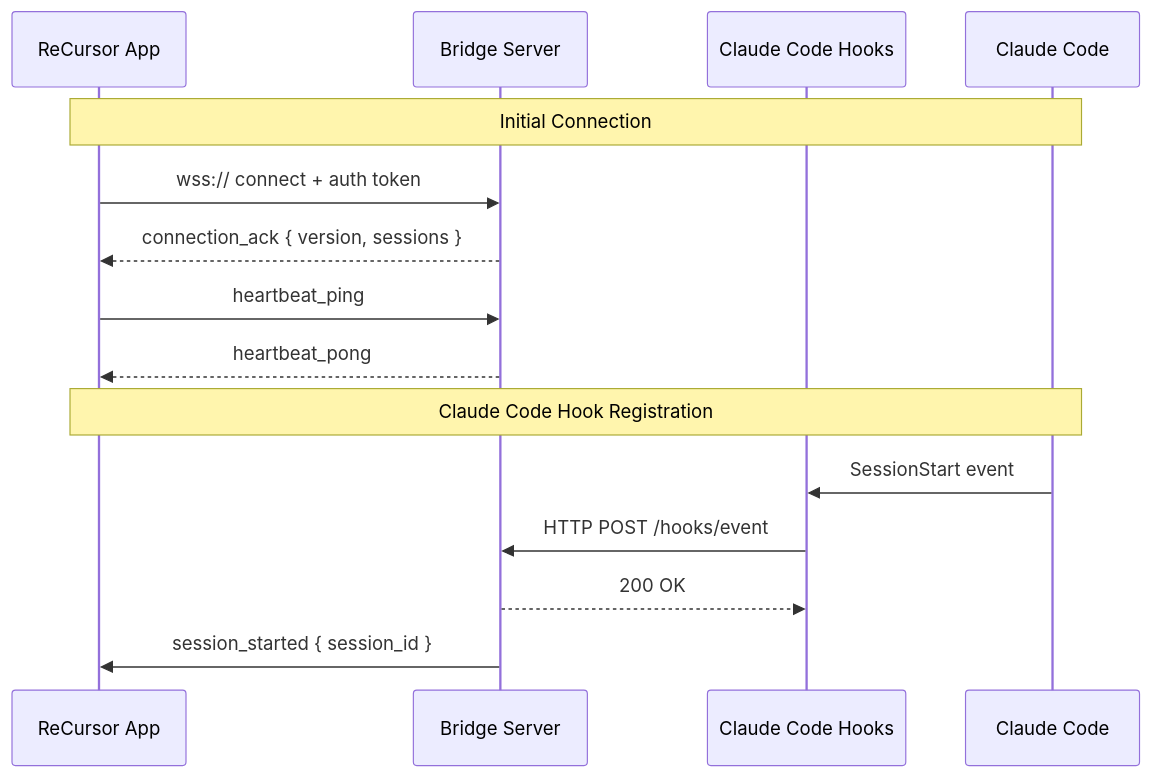
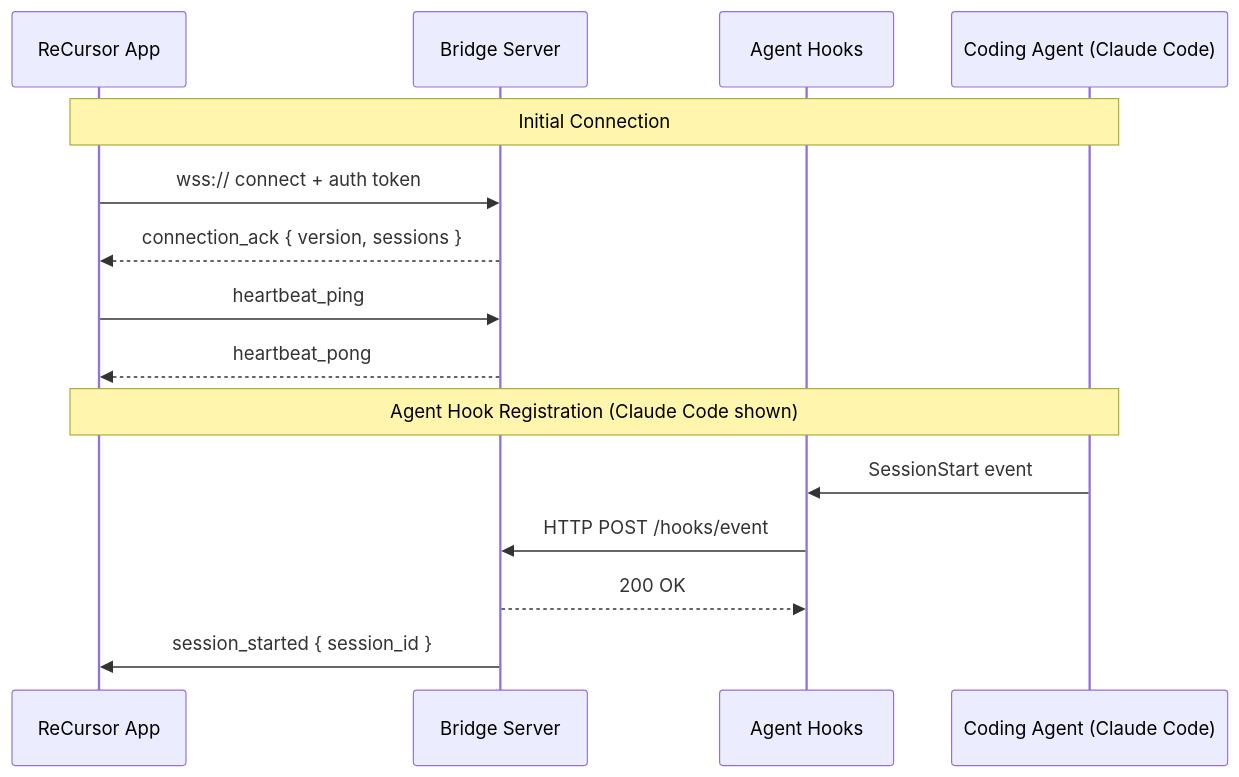
The first of 6 diagrams in docs/architecture/data-flow.md (RecursiveDev/ReCursor), drawn with Mermaid before and after one commit. The commit also changed other lines of this file and 11 other files, not shown here.

First line of the commit message:
docs: update documentation for multi-agent architecture vision

````diff
--- a/docs/architecture/data-flow.md
+++ b/docs/architecture/data-flow.md
@@ -9,21 +9,21 @@
 ```mermaid
 sequenceDiagram
     participant Mobile as ReCursor App
     participant Bridge as Bridge Server
-    participant Hooks as Claude Code Hooks
-    participant CC as Claude Code
+    participant Hooks as Agent Hooks
+    participant Agent as Coding Agent (Claude Code)
 
-    Note over Mobile,CC: Initial Connection
+    Note over Mobile,Agent: Initial Connection
     Mobile->>Bridge: wss:// connect + auth token
     Bridge-->>Mobile: connection_ack { version, sessions }
-    
+
     Mobile->>Bridge: heartbeat_ping
     Bridge-->>Mobile: heartbeat_pong
 
-    Note over Mobile,CC: Claude Code Hook Registration
-    CC->>Hooks: SessionStart event
+    Note over Mobile,Agent: Agent Hook Registration (Claude Code shown)
+    Agent->>Hooks: SessionStart event
     Hooks->>Bridge: HTTP POST /hooks/event
     Bridge-->>Hooks: 200 OK
-    
+
     Bridge->>Mobile: session_started { session_id }
 ```
````
